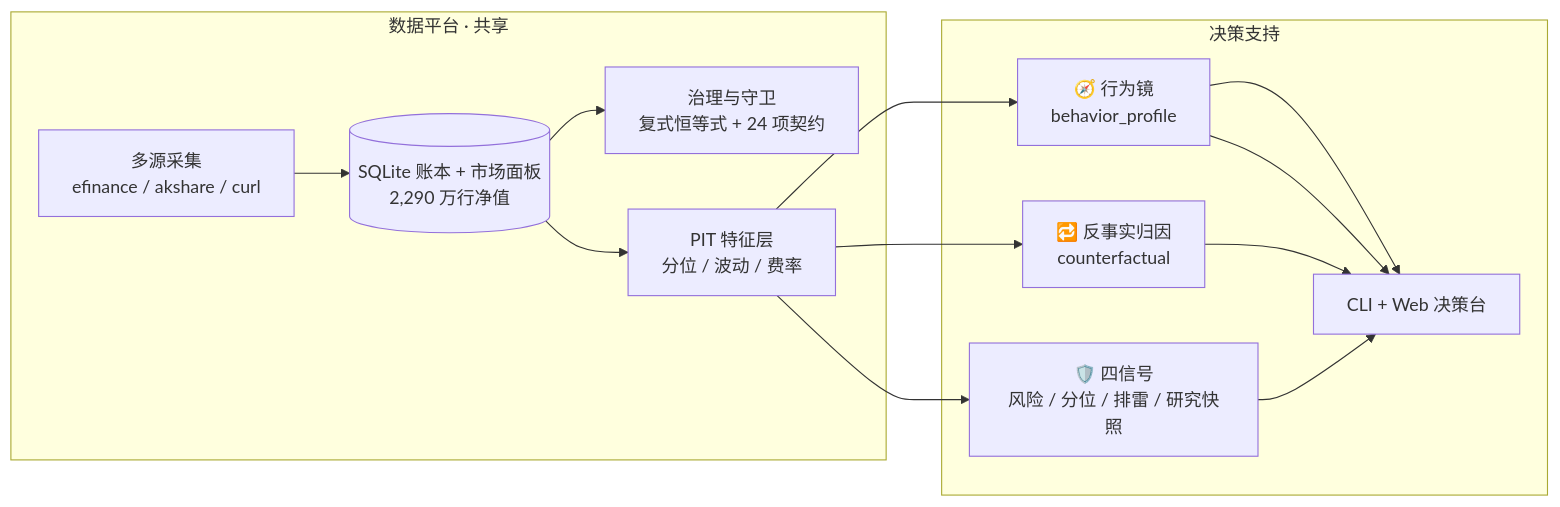
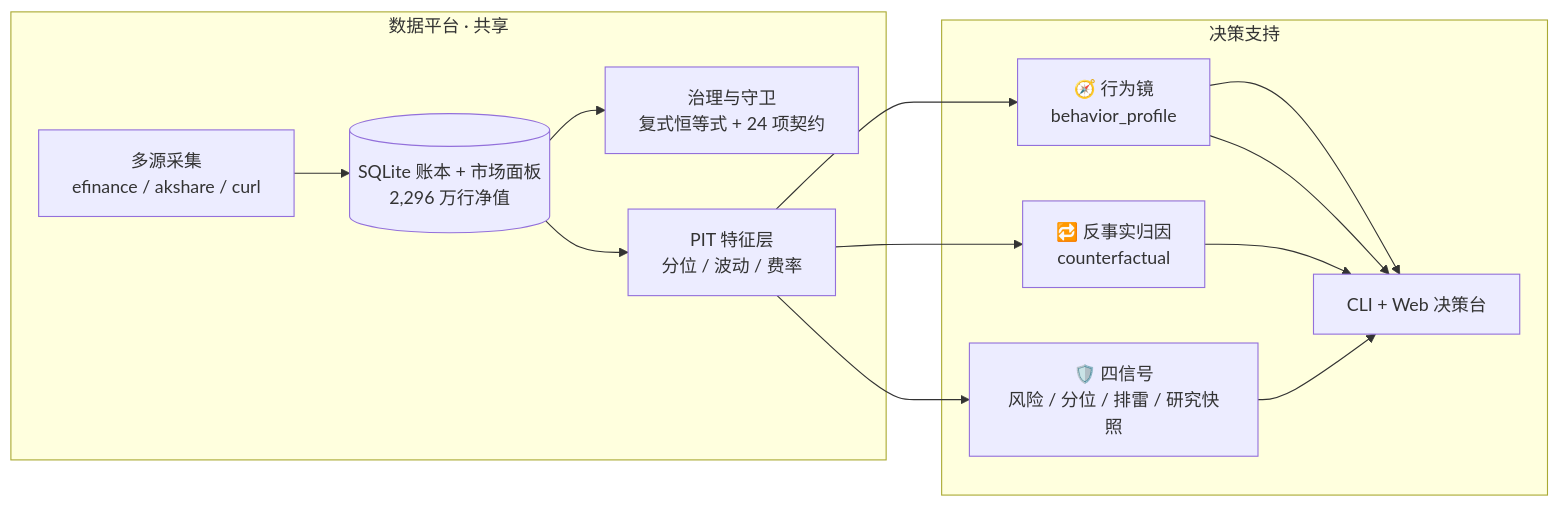
One commit to Mo12y/Quantitative-Fund-auto changed the diagram in README.md. Above: the diagram before and after it, drawn with Mermaid. The commit also changed other lines of this file and 13 other files, not shown here.

````diff
--- a/README.md
+++ b/README.md
@@ -202,16 +202,16 @@
 ```mermaid
 flowchart LR
     subgraph L1[数据平台 · 共享]
-        A[多源采集<br/>efinance / akshare / curl] --> B[(SQLite 账本 + 市场面板<br/>2,290 万行净值)]
+        A[多源采集<br/>efinance / akshare / curl] --> B[(SQLite 账本 + 市场面板<br/>2,296 万行净值)]
         B --> C[治理与守卫<br/>复式恒等式 + 24 项契约]
         B --> D[PIT 特征层<br/>分位 / 波动 / 费率]
     end
 
     subgraph L2[决策支持]
         E[🧭 行为镜<br/>behavior_profile] --> H[CLI + Web 决策台]
         F[🔁 反事实归因<br/>counterfactual]
         G[🛡️ 四信号<br/>风险 / 分位 / 排雷 / 研究快照]
         E & F & G --> H
         D --> E & F & G
     end
 ```
````
